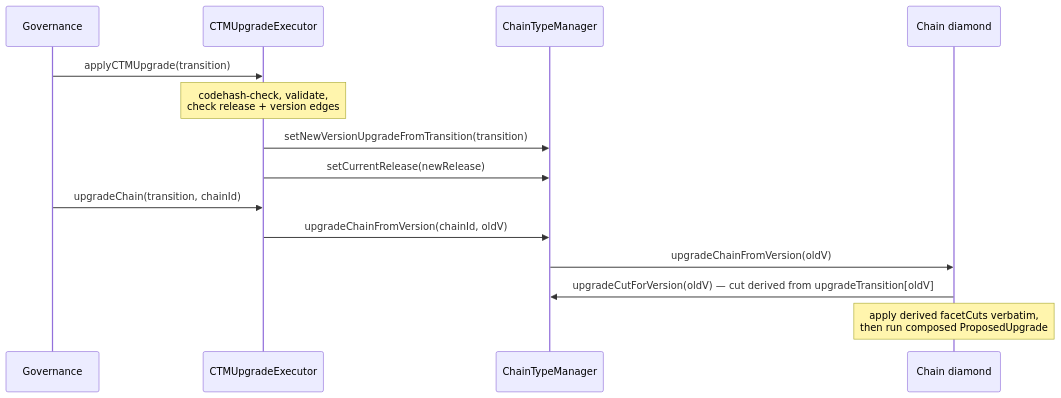
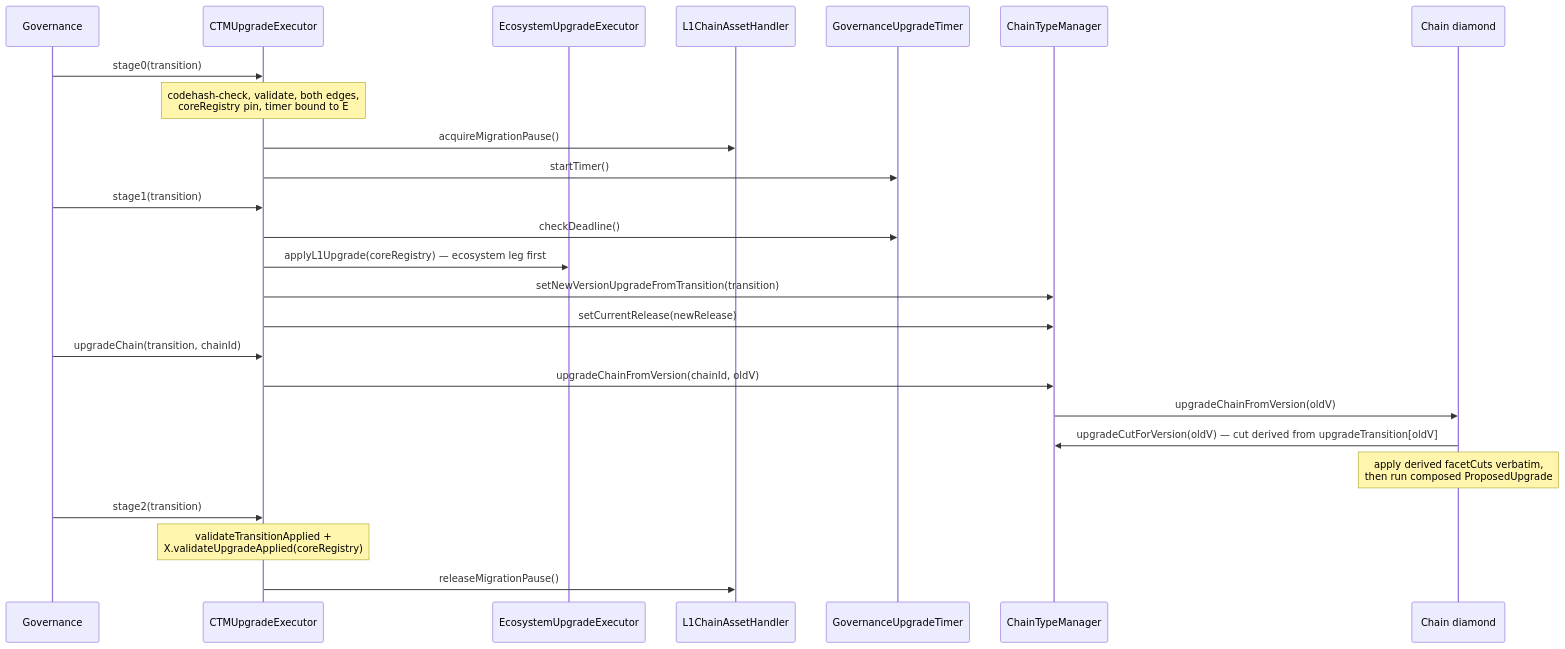
The third of 3 diagrams in docs/registry-driven-upgrades.md (matter-labs/era-contracts), drawn with Mermaid before and after one commit. The commit also changed other lines of this file and 43 other files, not shown here.

Commit message:
feat: enforce registry upgrade lifecycle on chain

````diff
--- a/docs/registry-driven-upgrades.md
+++ b/docs/registry-driven-upgrades.md
@@ -317,17 +334,28 @@
 ```mermaid
 sequenceDiagram
     participant G as Governance
     participant E as CTMUpgradeExecutor
+    participant X as EcosystemUpgradeExecutor
+    participant H as L1ChainAssetHandler
+    participant T as GovernanceUpgradeTimer
     participant C as ChainTypeManager
     participant D as Chain diamond
 
-    G->>E: applyCTMUpgrade(transition)
-    Note over E: codehash-check, validate,<br/>check release + version edges
+    G->>E: stage0(transition)
+    Note over E: codehash-check, validate, both edges,<br/>coreRegistry pin, timer bound to E
+    E->>H: acquireMigrationPause()
+    E->>T: startTimer()
+    G->>E: stage1(transition)
+    E->>T: checkDeadline()
+    E->>X: applyL1Upgrade(coreRegistry) — ecosystem leg first
     E->>C: setNewVersionUpgradeFromTransition(transition)
     E->>C: setCurrentRelease(newRelease)
     G->>E: upgradeChain(transition, chainId)
     E->>C: upgradeChainFromVersion(chainId, oldV)
     C->>D: upgradeChainFromVersion(oldV)
     D->>C: upgradeCutForVersion(oldV) — cut derived from upgradeTransition[oldV]
     Note over D: apply derived facetCuts verbatim,<br/>then run composed ProposedUpgrade
+    G->>E: stage2(transition)
+    Note over E: validateTransitionApplied +<br/>X.validateUpgradeApplied(coreRegistry)
+    E->>H: releaseMigrationPause()
 ```
````
